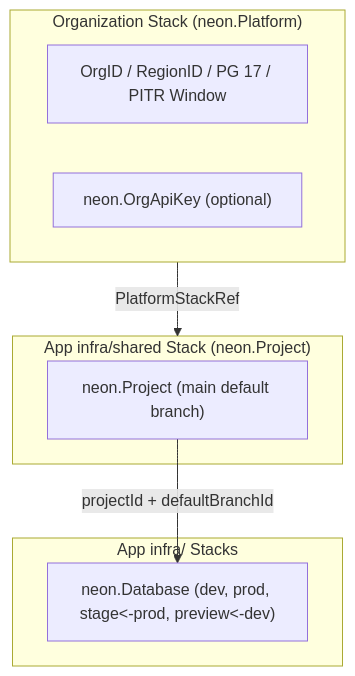
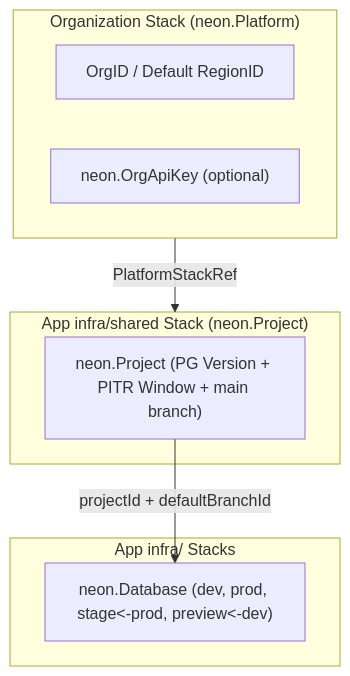
One commit to cloudvoyant/openbase changed the first of 2 diagrams in docs/architecture/providers/neon/index.md. Above: the diagram before and after it, drawn with Mermaid. The commit also changed other lines of this file and 124 other files, not shown here.

````diff
--- a/docs/architecture/providers/neon/index.md
+++ b/docs/architecture/providers/neon/index.md
@@ -24,18 +24,18 @@
 ```mermaid
 flowchart TD
     subgraph Org["Organization Stack (neon.Platform)"]
-        Defaults["OrgID / RegionID / PG 17 / PITR Window"]
+        Defaults["OrgID / Default RegionID"]
         OrgKey["neon.OrgApiKey (optional)"]
     end
 
     subgraph App["App infra/shared Stack (neon.Project)"]
-        Cluster["neon.Project (main default branch)"]
+        Cluster["neon.Project (PG Version + PITR Window + main branch)"]
     end
 
     subgraph Env["App infra/ Stacks"]
         DB["neon.Database (dev, prod, stage<-prod, preview<-dev)"]
     end
 
     Org -->|"PlatformStackRef"| App
     Cluster -->|"projectId + defaultBranchId"| DB
 ```
````
